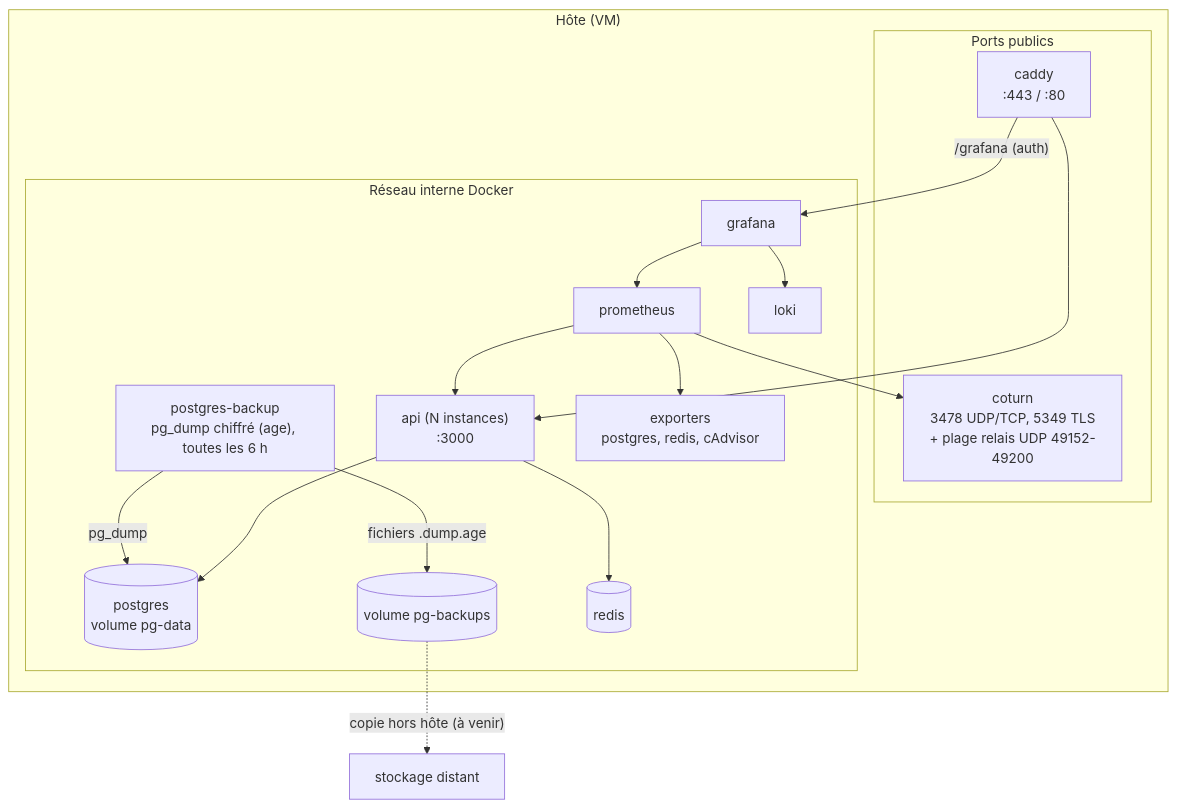
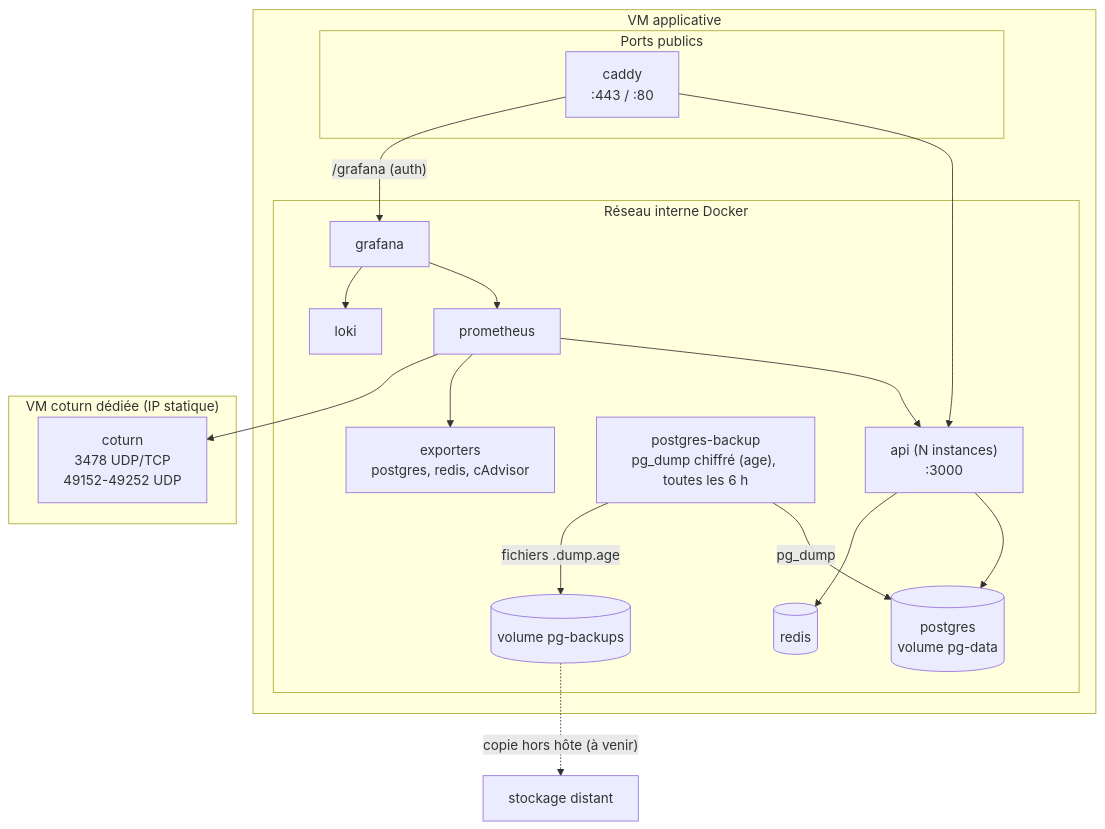
The sixth of 6 diagrams in docs/architecture.md (tomriquier2004-dev/chatisen), drawn with Mermaid before and after one commit. The commit also changed other lines of this file, not shown here.

Commit message:
docs(architecture): separate TURN host and observability stack

````diff
--- a/docs/architecture.md
+++ b/docs/architecture.md
@@ -415,32 +415,34 @@
 ```mermaid
 flowchart TB
-    subgraph Host["Hôte (VM)"]
+    subgraph AppHost["VM applicative"]
         subgraph Public["Ports publics"]
             CADDY["caddy<br/>:443 / :80"]
-            COTURN["coturn<br/>3478 UDP/TCP, 5349 TLS<br/>+ plage relais UDP 49152-49200"]
         end
         subgraph Internal["Réseau interne Docker"]
             API["api (N instances)<br/>:3000"]
             PG[("postgres<br/>volume pg-data")]
             BKP["postgres-backup<br/>pg_dump chiffré (age), toutes les 6 h"]
             VBK[("volume pg-backups")]
             RD[("redis")]
             PROM["prometheus"]
             LOKI["loki"]
             GRAF["grafana"]
             EXP["exporters<br/>postgres, redis, cAdvisor"]
         end
+    end
+    subgraph TurnHost["VM coturn dédiée (IP statique)"]
+        COTURN["coturn<br/>3478 UDP/TCP<br/>49152-49252 UDP"]
     end
     CADDY --> API
     CADDY -- "/grafana (auth)" --> GRAF
     API --> PG
     API --> RD
     BKP -- "pg_dump" --> PG
     BKP -- "fichiers .dump.age" --> VBK
     VBK -. "copie hors hôte (à venir)" .-> OFF["stockage distant"]
     PROM --> API
     PROM --> EXP
     PROM --> COTURN
     GRAF --> PROM
     GRAF --> LOKI
 ```
````
